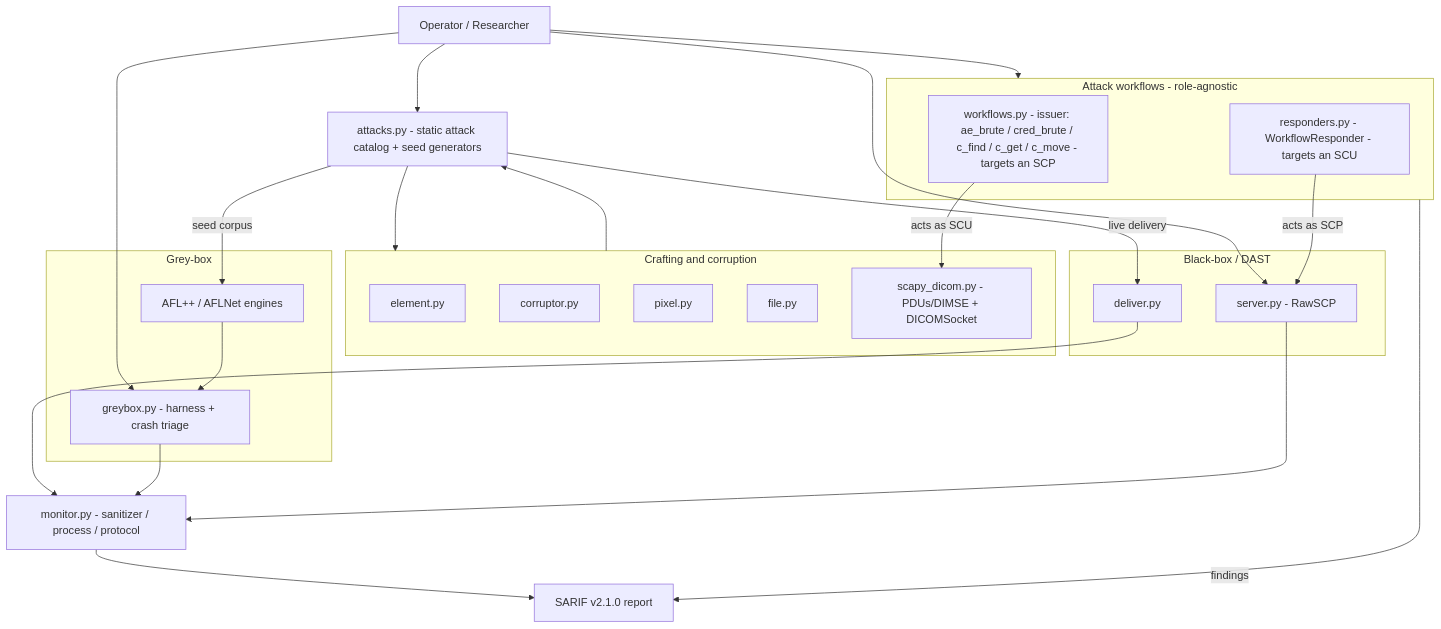
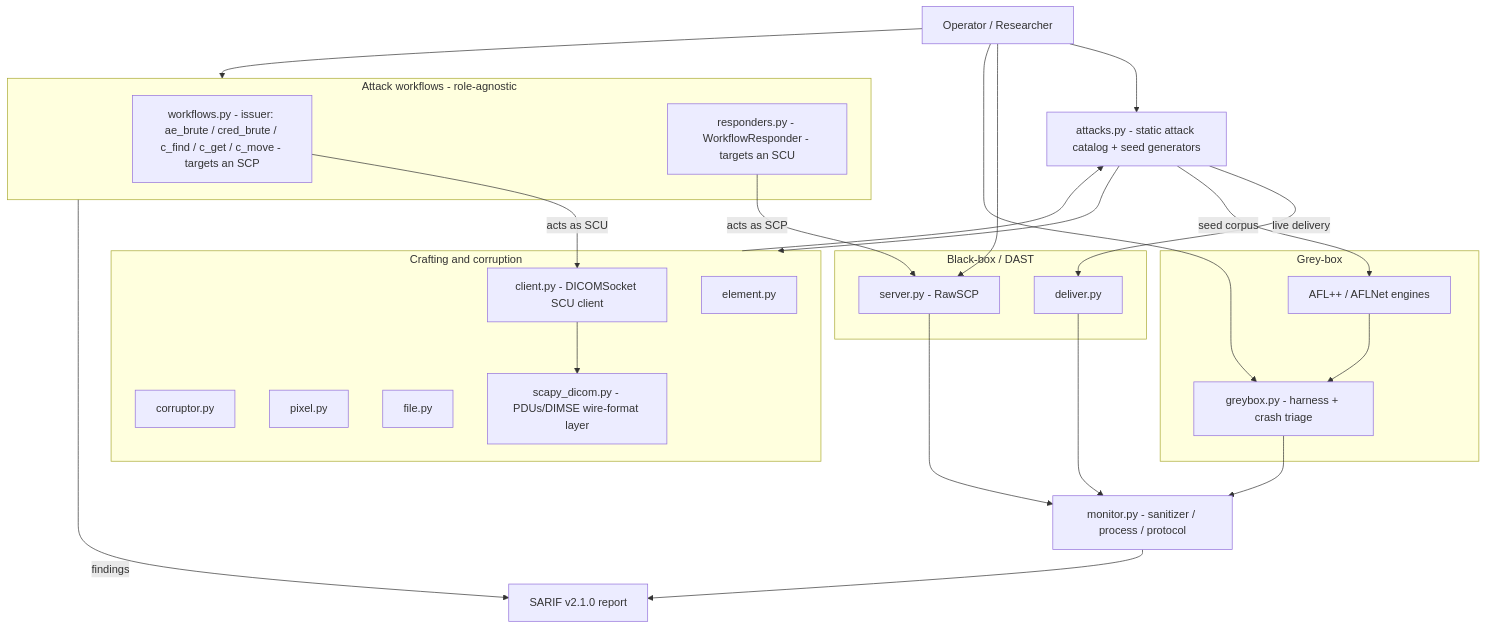
Before and after one commit to tmart234/C-SCARE: the diagram in README.md, drawn with Mermaid. The commit also changed 7 other files, not shown here.

First line of the commit message:
Split DICOMSocket out of scapy_dicom into client.py

````diff
--- a/README.md
+++ b/README.md
@@ -26,49 +26,51 @@
 ```mermaid
 flowchart TD
     USER[Operator / Researcher]
 
     subgraph CRAFT [Crafting and corruption]
         ELEMENT[element.py]
         CORRUPTOR[corruptor.py]
         PIXEL[pixel.py]
         FILE[file.py]
-        SCAPY[scapy_dicom.py - PDUs/DIMSE + DICOMSocket]
+        SCAPY[scapy_dicom.py - PDUs/DIMSE wire-format layer]
+        CLIENT[client.py - DICOMSocket SCU client]
     end
 
     CATALOG[attacks.py - static attack catalog + seed generators]
 
     subgraph BLACKBOX [Black-box / DAST]
         DELIVER[deliver.py]
         SERVER[server.py - RawSCP]
     end
 
     subgraph WORKFLOWS [Attack workflows - role-agnostic]
         ISSUER[workflows.py - issuer: ae_brute / cred_brute / c_find / c_get / c_move - targets an SCP]
         RESPONDER[responders.py - WorkflowResponder - targets an SCU]
     end
 
     subgraph GREYBOX [Grey-box]
         AFL[AFL++ / AFLNet engines]
         GB[greybox.py - harness + crash triage]
     end
 
     MONITOR[monitor.py - sanitizer / process / protocol]
     SARIF[SARIF v2.1.0 report]
 
     USER --> CATALOG
     USER --> SERVER
     USER --> WORKFLOWS
     USER --> GB
     CATALOG --> CRAFT
     CRAFT --> CATALOG
     CATALOG -->|live delivery| DELIVER
     CATALOG -->|seed corpus| AFL
-    ISSUER -->|acts as SCU| SCAPY
+    ISSUER -->|acts as SCU| CLIENT
+    CLIENT --> SCAPY
     RESPONDER -->|acts as SCP| SERVER
     DELIVER --> MONITOR
     AFL --> GB
     GB --> MONITOR
     SERVER --> MONITOR
     MONITOR --> SARIF
     WORKFLOWS -->|findings| SARIF
 ```
````
